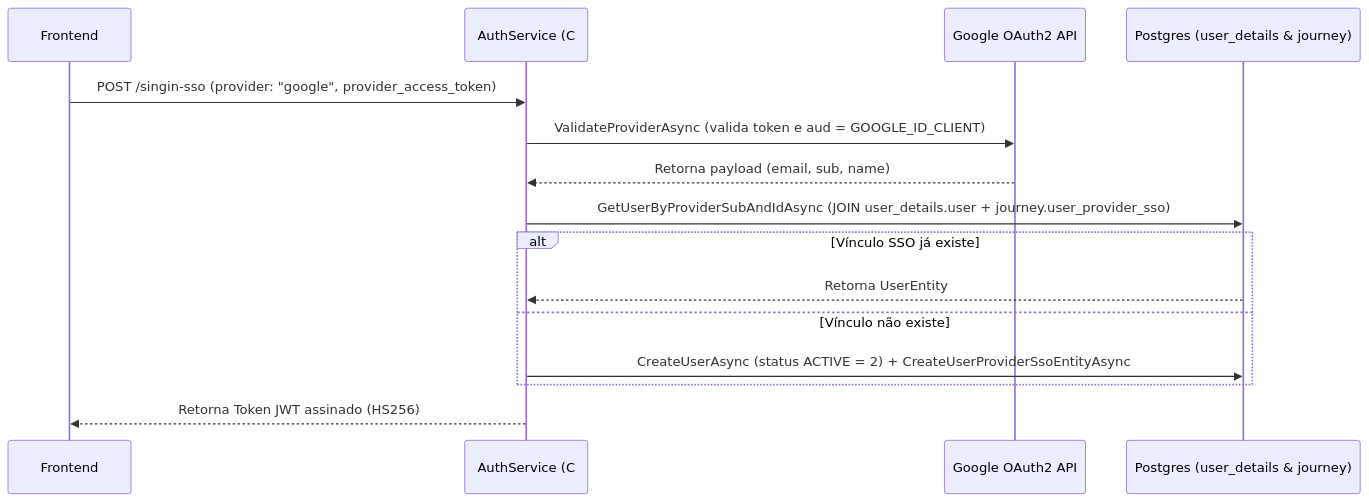
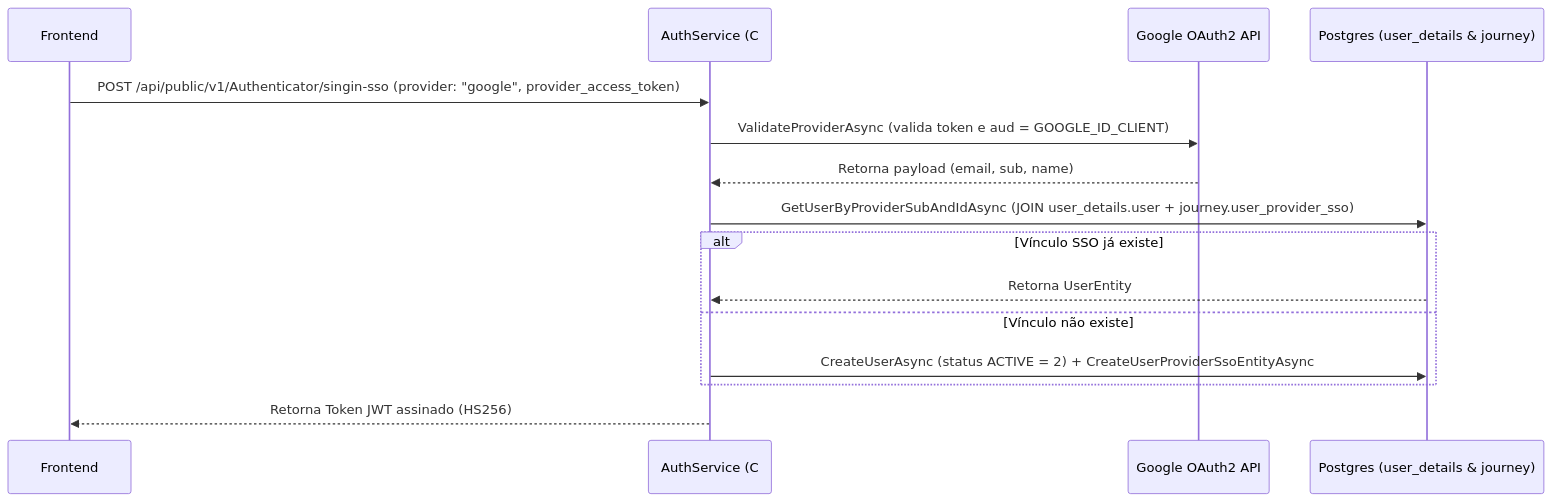
One commit to pedrovtof/Nievo-easy-fin changed the second of 2 diagrams in docs/config/docs/content/FluxosNegocio/autenticacao_seguranca.md. Above: the diagram before and after it, drawn with Mermaid. The commit also changed other lines of this file and 33 other files, not shown here.

````diff
--- a/docs/config/docs/content/FluxosNegocio/autenticacao_seguranca.md
+++ b/docs/config/docs/content/FluxosNegocio/autenticacao_seguranca.md
@@ -41,18 +41,18 @@
 ```mermaid
 sequenceDiagram
     participant Frontend as Frontend
     participant Auth as AuthService (C#)
     participant Google as Google OAuth2 API
     participant DB as Postgres (user_details & journey)
 
-    Frontend->>Auth: POST /singin-sso (provider: "google", provider_access_token)
+    Frontend->>Auth: POST /api/public/v1/Authenticator/singin-sso (provider: "google", provider_access_token)
     Auth->>Google: ValidateProviderAsync (valida token e aud = GOOGLE_ID_CLIENT)
     Google-->>Auth: Retorna payload (email, sub, name)
     Auth->>DB: GetUserByProviderSubAndIdAsync (JOIN user_details.user + journey.user_provider_sso)
     alt Vínculo SSO já existe
         DB-->>Auth: Retorna UserEntity
     else Vínculo não existe
         Auth->>DB: CreateUserAsync (status ACTIVE = 2) + CreateUserProviderSsoEntityAsync
     end
     Auth-->>Frontend: Retorna Token JWT assinado (HS256)
 ```
````
